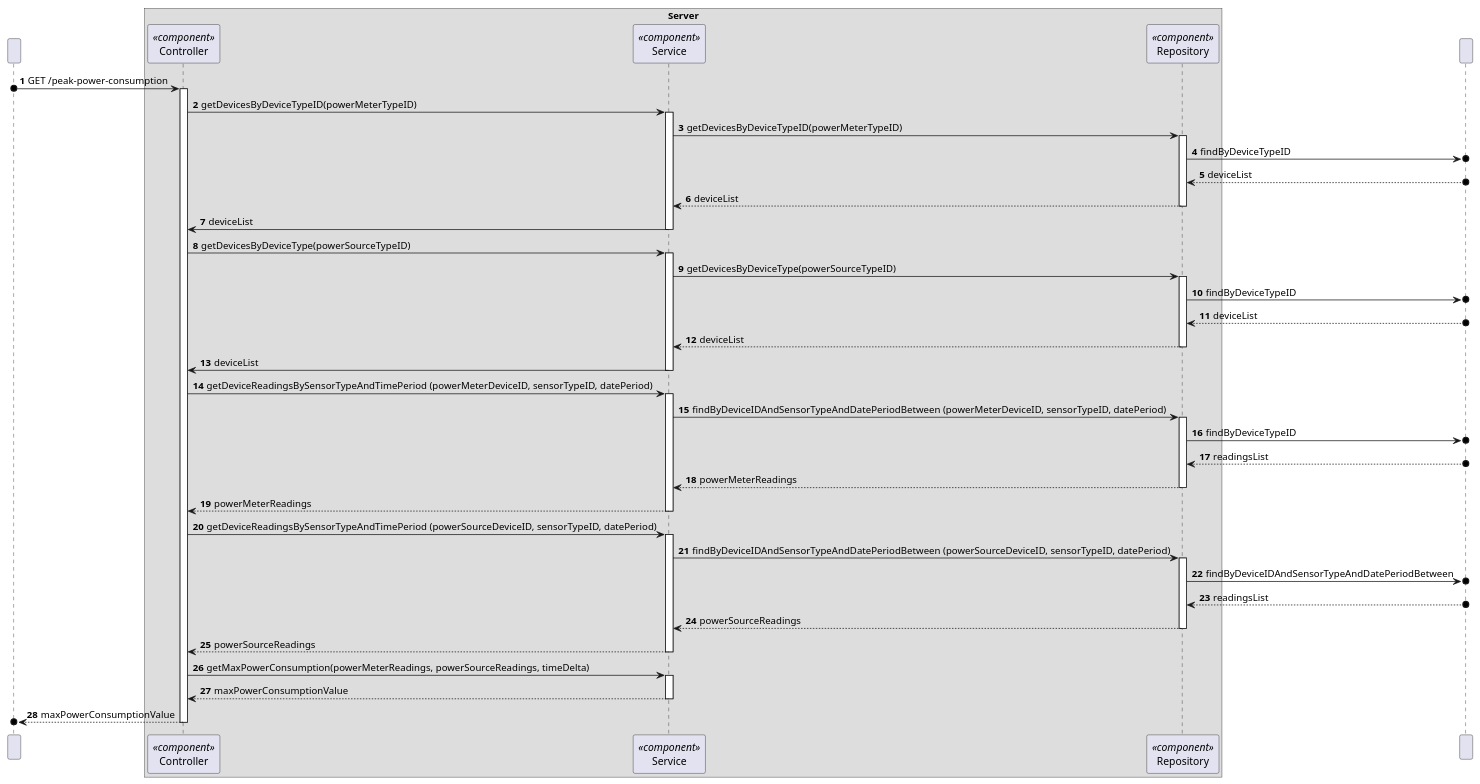
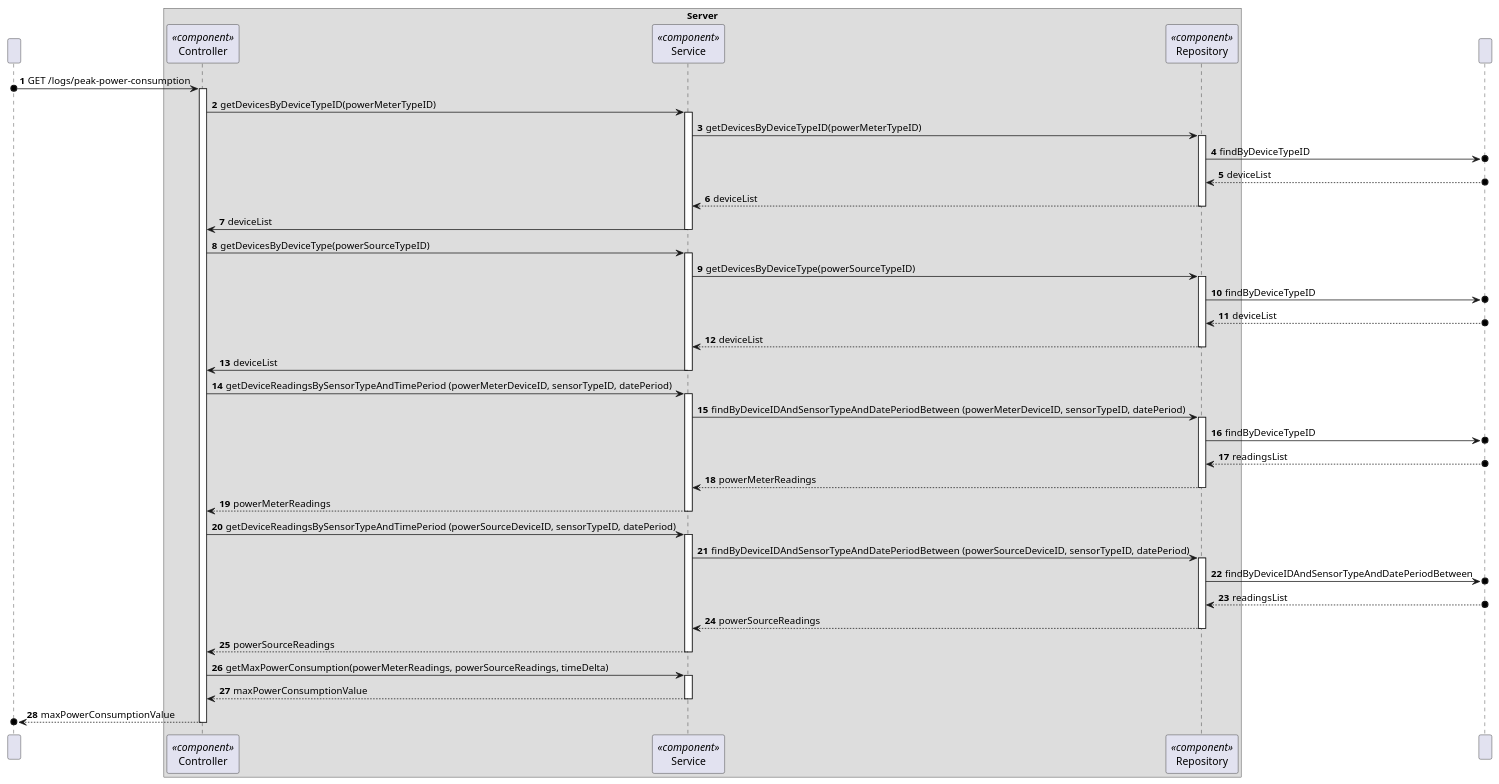
Before and after one commit to moutajDev/smarthome: the diagram in docs/C4_4plus1_models/Level4/ProcessView/ProcessViewLevel4_UC14.puml, drawn with PlantUML. The commit also changed 38 other files, not shown here.

```diff
--- a/docs/C4_4plus1_models/Level4/ProcessView/ProcessViewLevel4_UC14.puml
+++ b/docs/C4_4plus1_models/Level4/ProcessView/ProcessViewLevel4_UC14.puml
@@ -1,121 +1,121 @@
 @startuml
 'https://plantuml.com/sequence-diagram
 
 
 participant " " as HTTP
 
 box "Server"
 participant Controller as "Controller"<<component>>
 participant Service as "Service"<<component>>
 participant Repository as "Repository"<<component>>
 end box
 
 participant DataBase as " "
 
 autonumber
 
-HTTP o-> Controller : GET /peak-power-consumption
+HTTP o-> Controller : GET /logs/peak-power-consumption
 
 activate Controller
 
 Controller -> Service: getDevicesByDeviceTypeID(powerMeterTypeID)
 
 activate Service
 
 Service -> Repository: getDevicesByDeviceTypeID(powerMeterTypeID)
 
 activate Repository
 
 Repository ->o DataBase: findByDeviceTypeID
 
 DataBase o--> Repository : deviceList
 
 Repository --> Service: deviceList
 
 deactivate Repository
 
 Service -> Controller: deviceList
 
 deactivate Service
 
 '--------------------------------------------'
 
 Controller -> Service: getDevicesByDeviceType(powerSourceTypeID)
 
 activate Service
 
 Service -> Repository: getDevicesByDeviceType(powerSourceTypeID)
 
 activate Repository
 
 Repository ->o DataBase: findByDeviceTypeID
 
 DataBase o--> Repository : deviceList
 
 Repository --> Service: deviceList
 
 deactivate Repository
 
 Service -> Controller: deviceList
 
 deactivate Service
 
 '--------------------------------------------'
 
 Controller -> Service: getDeviceReadingsBySensorTypeAndTimePeriod (powerMeterDeviceID, sensorTypeID, datePeriod)
 
 activate Service
 
 Service -> Repository: findByDeviceIDAndSensorTypeAndDatePeriodBetween (powerMeterDeviceID, sensorTypeID, datePeriod)
 
 activate Repository
 
 Repository ->o DataBase: findByDeviceTypeID
 
 DataBase o--> Repository : readingsList
 
 Repository --> Service: powerMeterReadings
 
 deactivate Repository
 
 Service --> Controller: powerMeterReadings
 
 deactivate Service
 
 Controller -> Service: getDeviceReadingsBySensorTypeAndTimePeriod (powerSourceDeviceID, sensorTypeID, datePeriod)
 
 '--------------------------------------------'
 
 activate Service
 
 Service -> Repository: findByDeviceIDAndSensorTypeAndDatePeriodBetween (powerSourceDeviceID, sensorTypeID, datePeriod)
 
 activate Repository
 
 Repository ->o DataBase: findByDeviceIDAndSensorTypeAndDatePeriodBetween
 
 DataBase o--> Repository : readingsList
 
 Repository --> Service: powerSourceReadings
 
 deactivate Repository
 
 Service --> Controller: powerSourceReadings
 
 deactivate Service
 
 Controller -> Service: getMaxPowerConsumption(powerMeterReadings, powerSourceReadings, timeDelta)
 
 '--------------------------------------------'
 
 activate Service
 
 Service --> Controller: maxPowerConsumptionValue
 
 deactivate Service
 
 Controller -->o HTTP: maxPowerConsumptionValue
 
 deactivate Controller
 
 @enduml
```
